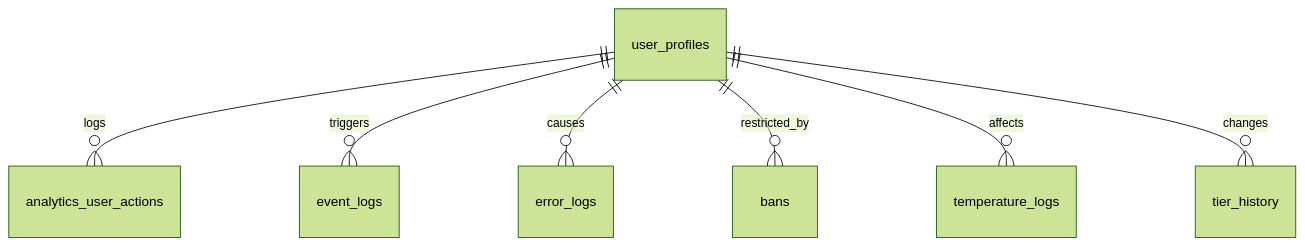
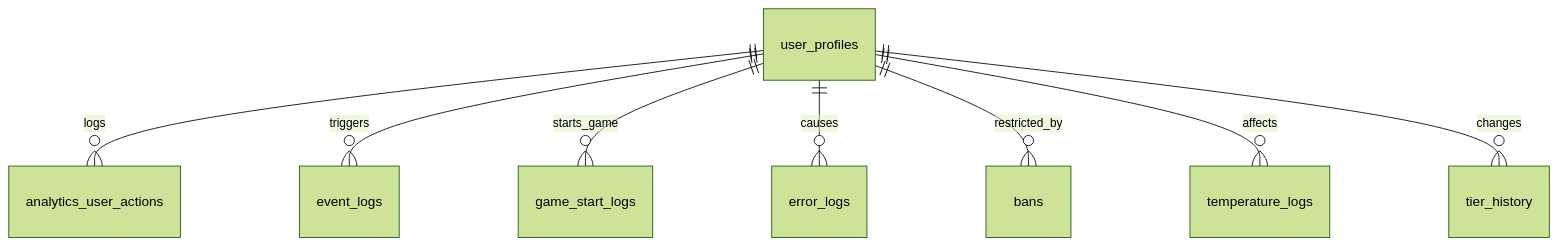
The seventh of 7 diagrams in docs/database/02-domain-erd.md (TeamKitaka/ReadyGo), drawn with Mermaid (forest theme) before and after one commit. The commit also changed other lines of this file and 5 other files, not shown here.

First line of the commit message:
docs: game_start_logs 테이블 추가에 따른 데이터베이스 문서 업데이트

````diff
--- a/docs/database/02-domain-erd.md
+++ b/docs/database/02-domain-erd.md
@@ -123,9 +123,10 @@
 ```mermaid
 erDiagram
   user_profiles ||--o{ analytics_user_actions : logs
   user_profiles ||--o{ event_logs : triggers
+  user_profiles ||--o{ game_start_logs : starts_game
   user_profiles ||--o{ error_logs : causes
   user_profiles ||--o{ bans : restricted_by
   user_profiles ||--o{ temperature_logs : affects
   user_profiles ||--o{ tier_history : changes
 ```
````
